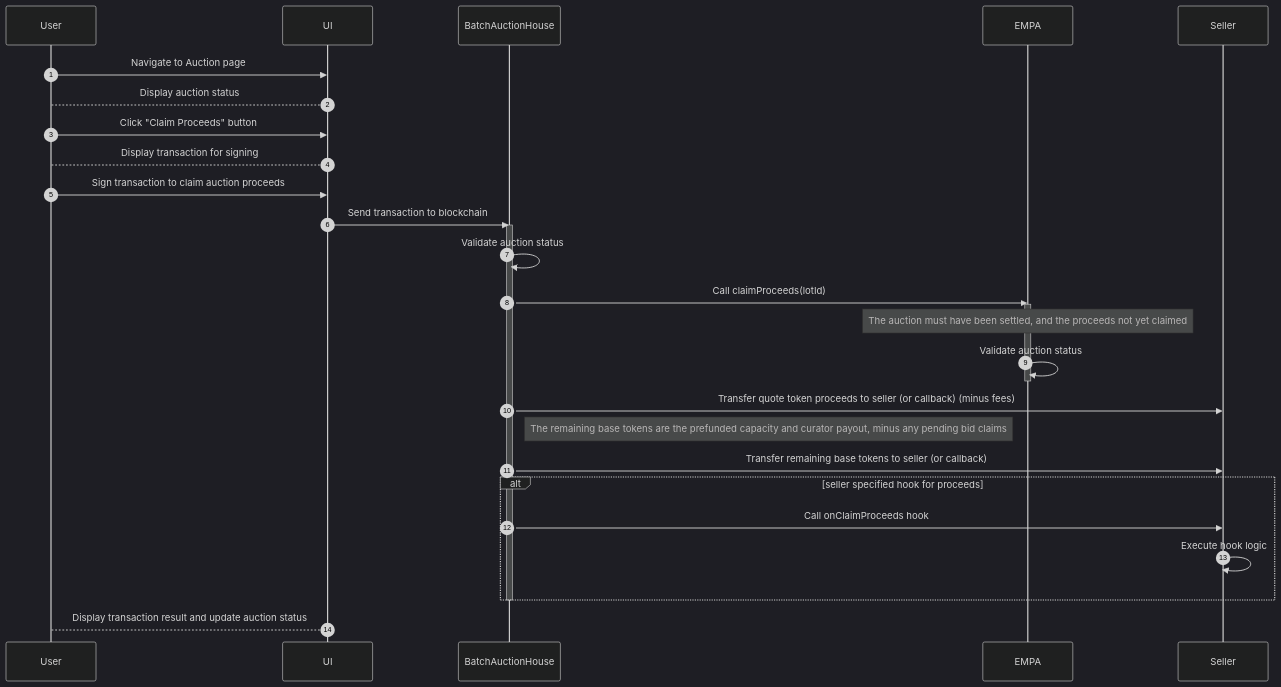
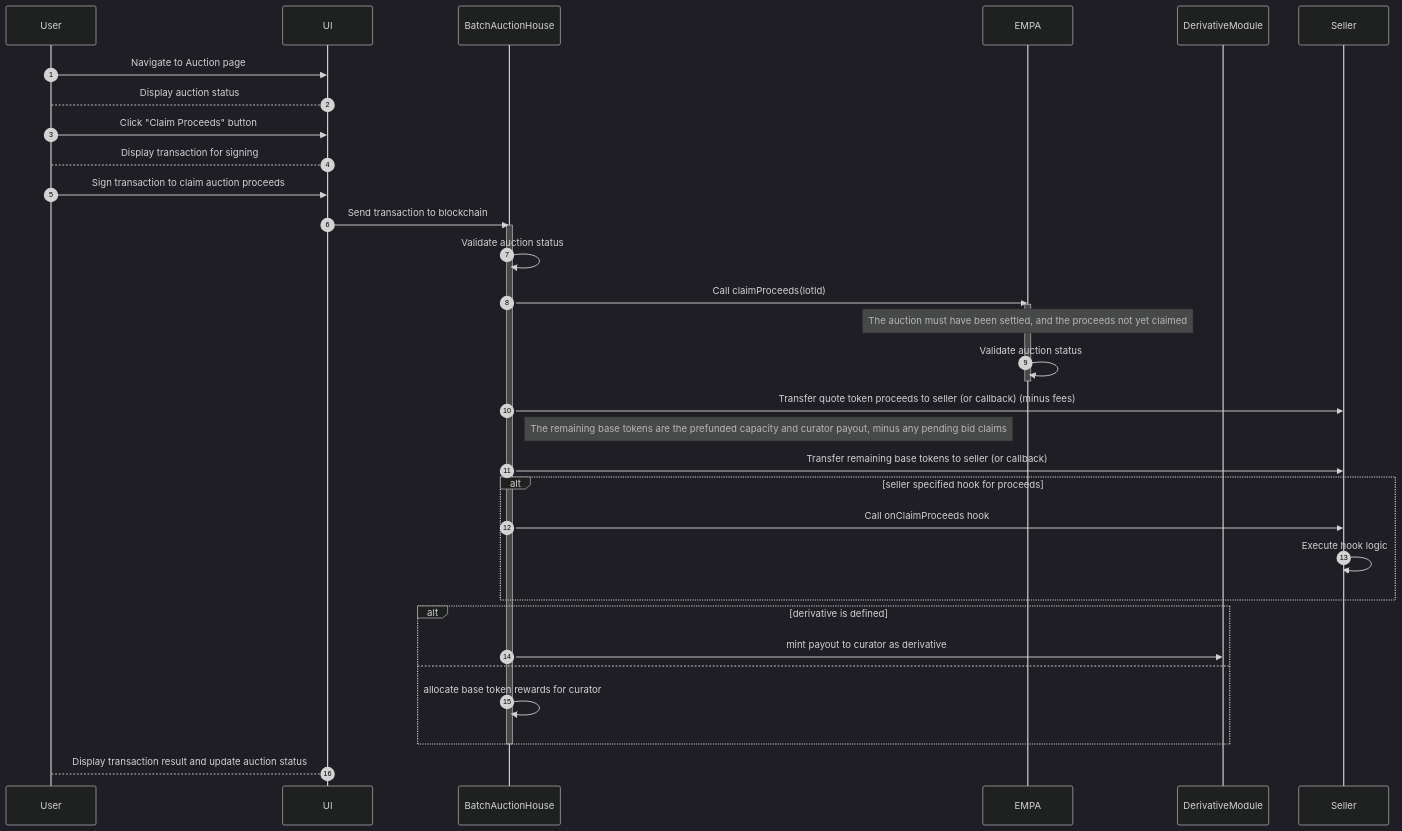
One commit to Axis-Fi/axis-core changed the seventh of 9 diagrams in design/EMPA.md. Above: the diagram before and after it, drawn with Mermaid (dark theme). The commit also changed other lines of this file, not shown here.

````diff
--- a/design/EMPA.md
+++ b/design/EMPA.md
@@ -367,32 +376,38 @@
 ```mermaid
 sequenceDiagram
   autoNumber
   participant User
   participant UI
   participant BatchAuctionHouse
   participant EMPA
+  participant DerivativeModule
   participant Seller
 
   User->>UI: Navigate to Auction page
   UI-->User: Display auction status
   User->>UI: Click "Claim Proceeds" button
   UI-->User: Display transaction for signing
   User->>UI: Sign transaction to claim auction proceeds
   UI->>BatchAuctionHouse: Send transaction to blockchain
   activate BatchAuctionHouse
     BatchAuctionHouse->>BatchAuctionHouse: Validate auction status
     BatchAuctionHouse->>EMPA: Call claimProceeds(lotId)
     activate EMPA
       Note over EMPA: The auction must have been settled, and the proceeds not yet claimed
       EMPA->>EMPA: Validate auction status
     deactivate EMPA
     BatchAuctionHouse->>Seller: Transfer quote token proceeds to seller (or callback) (minus fees)
     Note right of BatchAuctionHouse: The remaining base tokens are the prefunded capacity and curator payout, minus any pending bid claims
     BatchAuctionHouse->>Seller: Transfer remaining base tokens to seller (or callback)
     alt seller specified hook for proceeds
       BatchAuctionHouse->>Seller: Call onClaimProceeds hook
       Seller->>Seller: Execute hook logic
     end
+    alt derivative is defined
+      BatchAuctionHouse->>DerivativeModule: mint payout to curator as derivative
+    else
+      BatchAuctionHouse->>BatchAuctionHouse: allocate base token rewards for curator
+    end
   deactivate BatchAuctionHouse
   UI-->User: Display transaction result and update auction status
 ```
````
